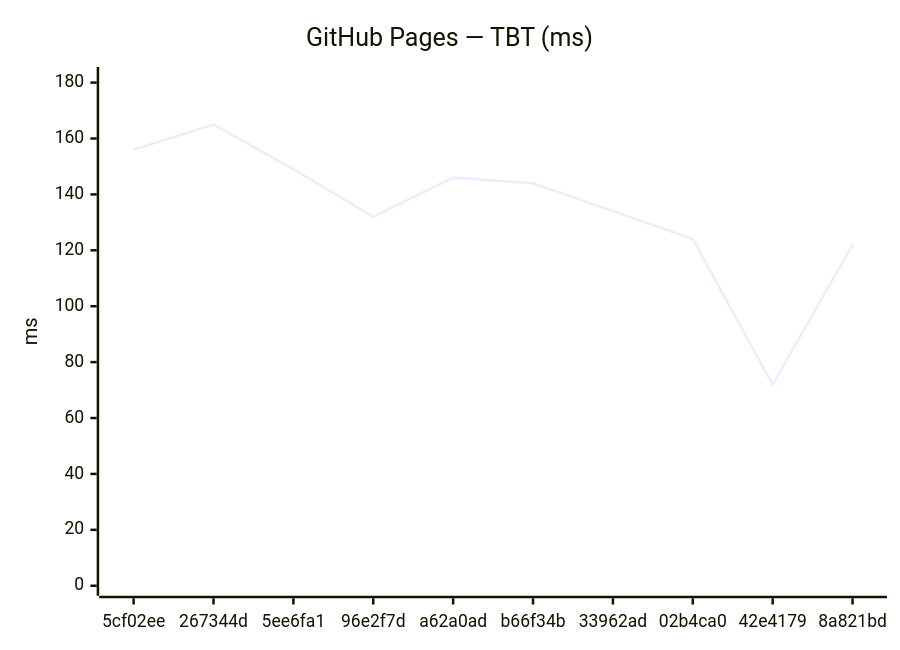
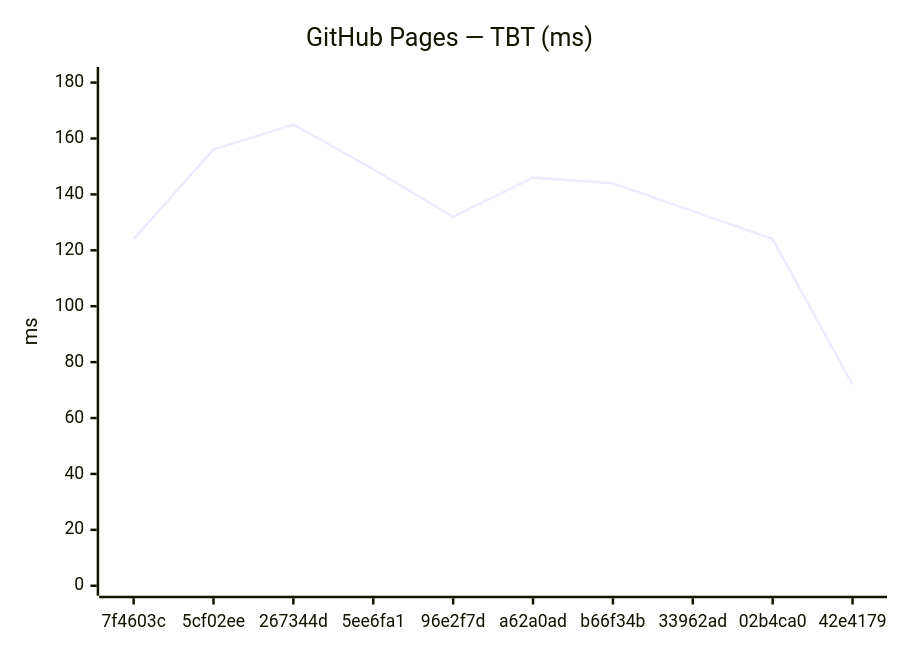
The fourth of 18 diagrams in benchmarks/compare.md (Metaheurist/Rianell), drawn with Mermaid before and after one commit. The commit also changed other lines of this file and 11 other files, not shown here.

````diff
--- a/benchmarks/compare.md
+++ b/benchmarks/compare.md
@@ -61,7 +61,7 @@
 ```mermaid
 xychart-beta
     title "GitHub Pages — TBT (ms)"
-    x-axis ["5cf02ee", "267344d", "5ee6fa1", "96e2f7d", "a62a0ad", "b66f34b", "33962ad", "02b4ca0", "42e4179", "8a821bd"]
+    x-axis ["7f4603c", "5cf02ee", "267344d", "5ee6fa1", "96e2f7d", "a62a0ad", "b66f34b", "33962ad", "02b4ca0", "42e4179"]
     y-axis "ms" 0 --> 182
-    line [156, 165, 149, 132, 146, 144, 134, 124, 72, 122]
+    line [124, 156, 165, 149, 132, 146, 144, 134, 124, 72]
 ```
````
